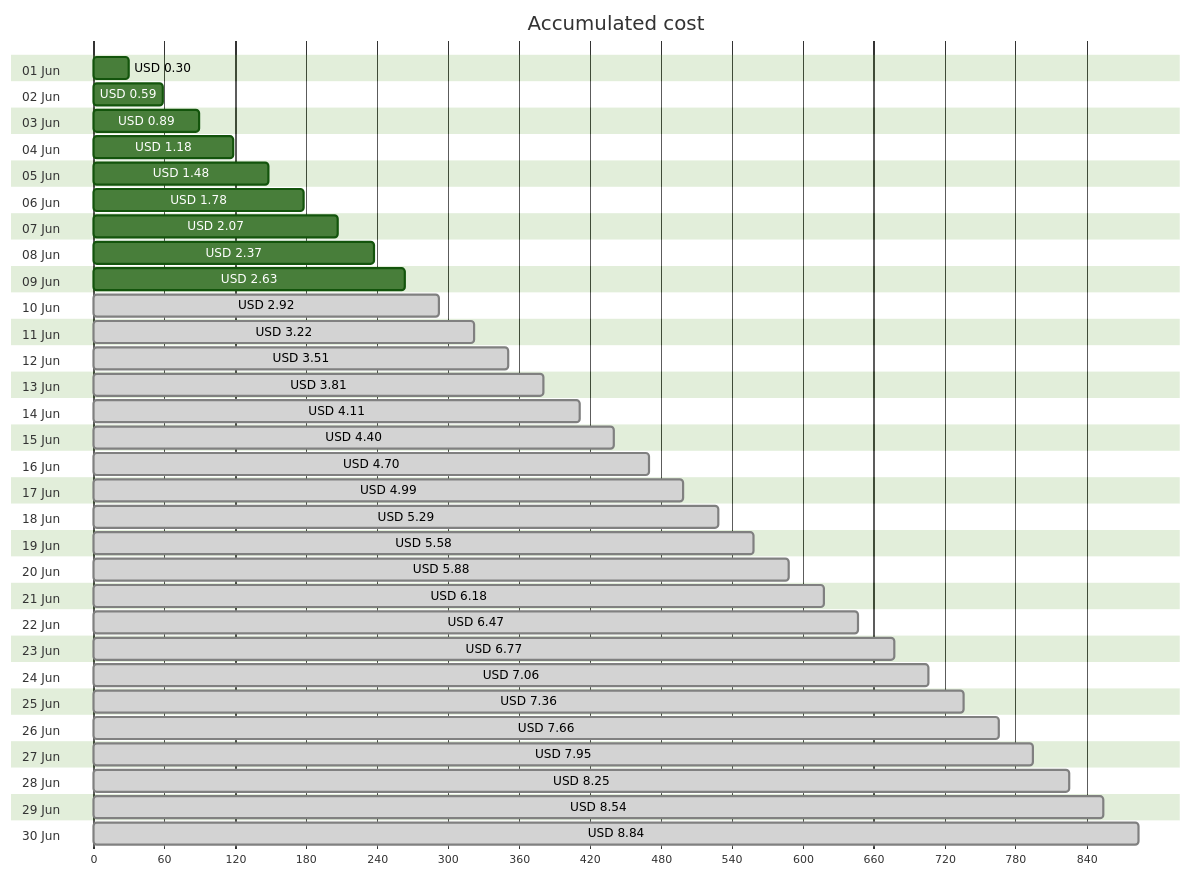
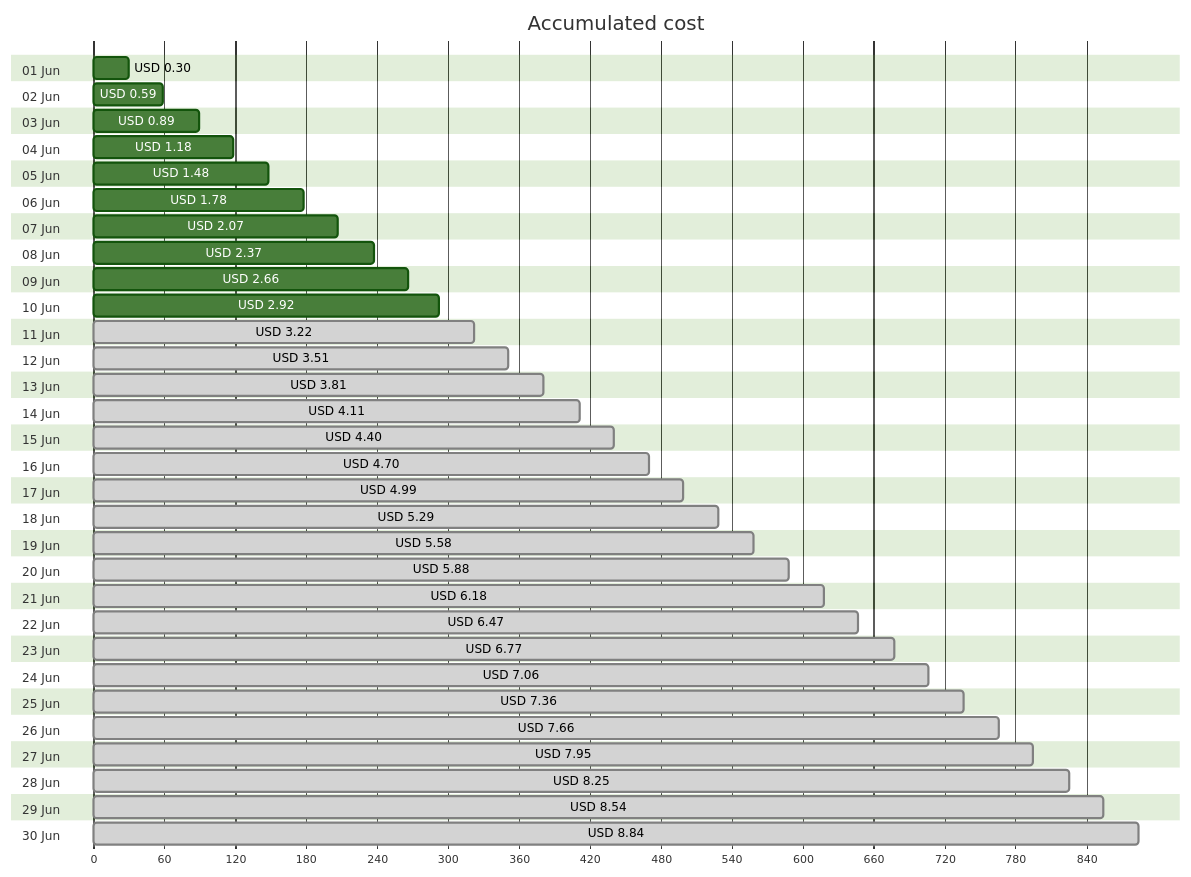
Before and after one commit to jpfulton/azure-personal-reports: the first of 4 diagrams in cost-reports/personal-site/personal-site.md, drawn with Mermaid (forest theme). The commit also changed other lines of this file and 6 other files, not shown here.

````diff
--- a/cost-reports/personal-site/personal-site.md
+++ b/cost-reports/personal-site/personal-site.md
@@ -20,66 +20,66 @@
 ```mermaid
 gantt
    title Accumulated cost
    dateFormat  X
    axisFormat %s
    section 01 Jun
    USD 0.30 :0, 30
    section 02 Jun
    USD 0.59 :0, 59
    section 03 Jun
    USD 0.89 :0, 89
    section 04 Jun
    USD 1.18 :0, 118
    section 05 Jun
    USD 1.48 :0, 148
    section 06 Jun
    USD 1.78 :0, 178
    section 07 Jun
    USD 2.07 :0, 207
    section 08 Jun
    USD 2.37 :0, 237
    section 09 Jun
-   USD 2.63 :0, 263
+   USD 2.66 :0, 266
    section 10 Jun
-   USD 2.92 : done, 0, 292
+   USD 2.92 :0, 292
    section 11 Jun
    USD 3.22 : done, 0, 322
    section 12 Jun
    USD 3.51 : done, 0, 351
    section 13 Jun
    USD 3.81 : done, 0, 381
    section 14 Jun
    USD 4.11 : done, 0, 411
    section 15 Jun
    USD 4.40 : done, 0, 440
    section 16 Jun
    USD 4.70 : done, 0, 470
    section 17 Jun
    USD 4.99 : done, 0, 499
    section 18 Jun
    USD 5.29 : done, 0, 529
    section 19 Jun
    USD 5.58 : done, 0, 558
    section 20 Jun
    USD 5.88 : done, 0, 588
    section 21 Jun
    USD 6.18 : done, 0, 618
    section 22 Jun
    USD 6.47 : done, 0, 647
    section 23 Jun
    USD 6.77 : done, 0, 677
    section 24 Jun
    USD 7.06 : done, 0, 706
    section 25 Jun
    USD 7.36 : done, 0, 736
    section 26 Jun
    USD 7.66 : done, 0, 766
    section 27 Jun
    USD 7.95 : done, 0, 795
    section 28 Jun
    USD 8.25 : done, 0, 825
    section 29 Jun
    USD 8.54 : done, 0, 854
    section 30 Jun
    USD 8.84 : done, 0, 884
 ```
````
